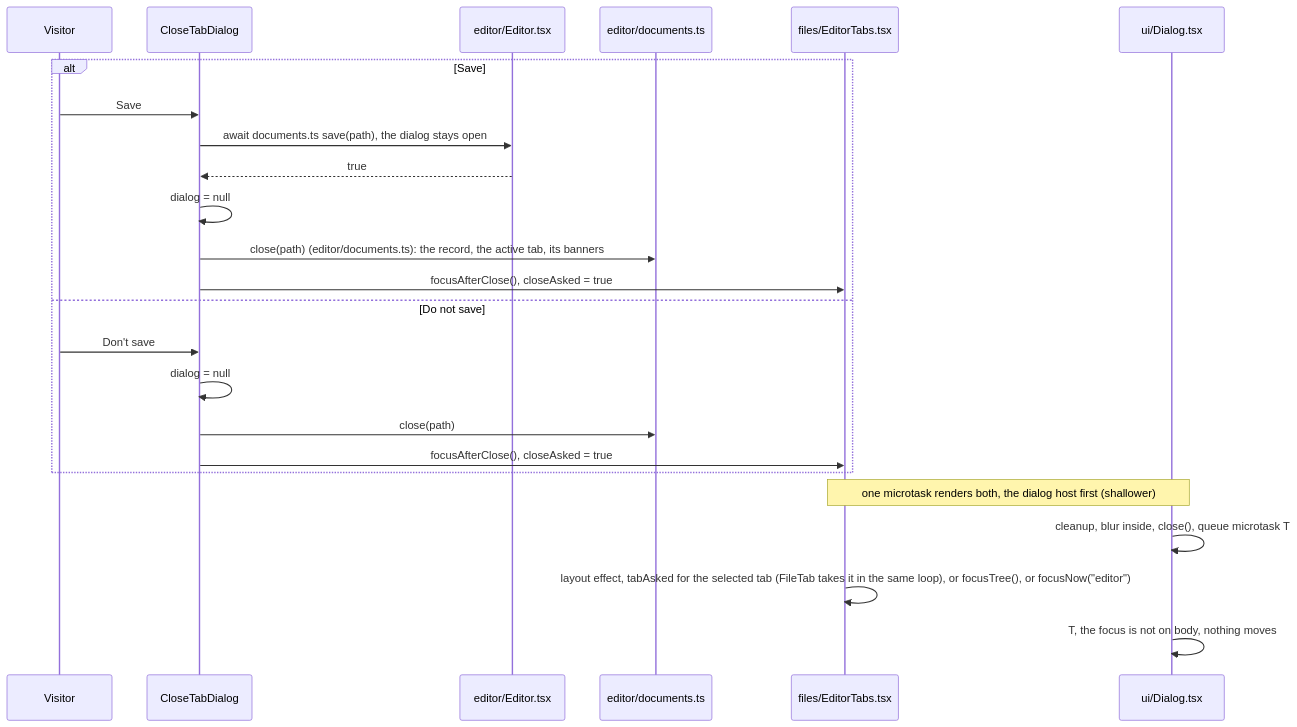
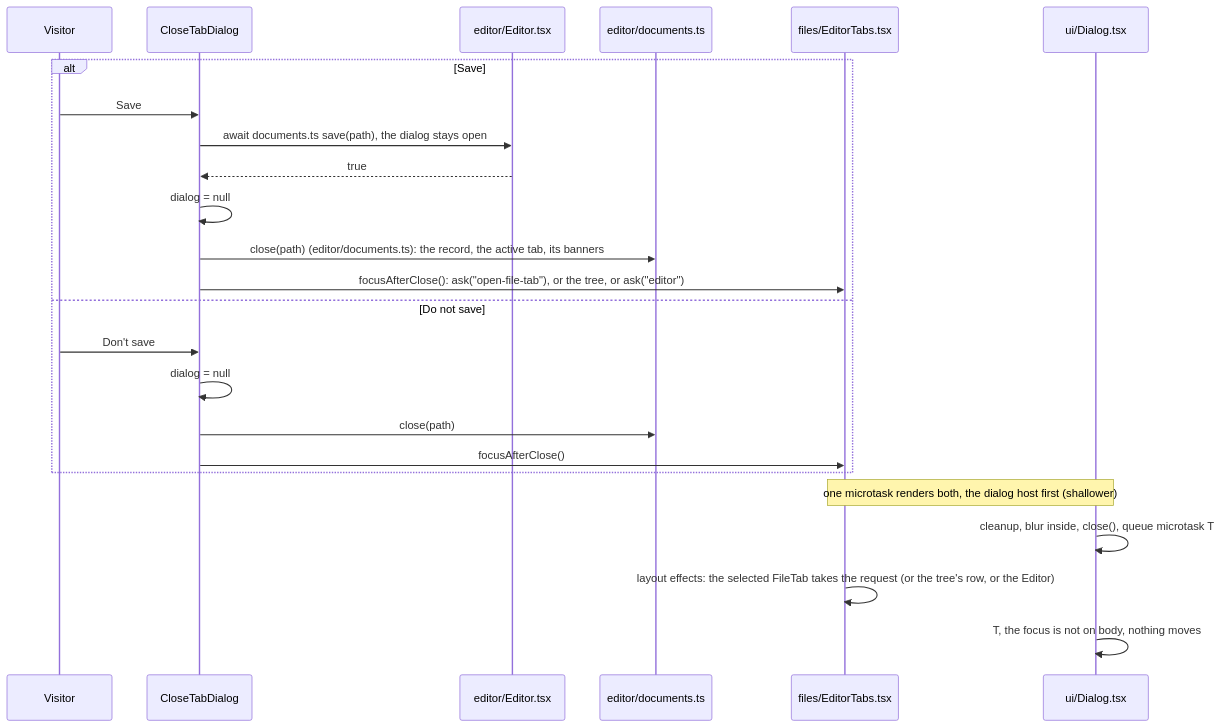
Before and after one commit to jeffzyliu/dofile: the fifth of 9 diagrams in docs/web-page-flows.md, drawn with Mermaid. The commit also changed other lines of this file and 1 other file, not shown here.

Commit message:
docs: web-page-flows and test-map for the tree, Find and Files-button targets and the close-tab request

````diff
--- a/docs/web-page-flows.md
+++ b/docs/web-page-flows.md
@@ -241,26 +246,26 @@
 ```mermaid
 sequenceDiagram
   participant V as Visitor
   participant CT as CloseTabDialog
   participant Ed as editor/Editor.tsx
   participant A as editor/documents.ts
   participant ET as files/EditorTabs.tsx
   participant D as ui/Dialog.tsx
   alt Save
     V->>CT: Save
     CT->>Ed: await documents.ts save(path), the dialog stays open
     Ed-->>CT: true
     CT->>CT: dialog = null
     CT->>A: close(path) (editor/documents.ts): the record, the active tab, its banners
-    CT->>ET: focusAfterClose(), closeAsked = true
+    CT->>ET: focusAfterClose(): ask("open-file-tab"), or the tree, or ask("editor")
   else Do not save
     V->>CT: Don't save
     CT->>CT: dialog = null
     CT->>A: close(path)
-    CT->>ET: focusAfterClose(), closeAsked = true
+    CT->>ET: focusAfterClose()
   end
   Note over D,ET: one microtask renders both, the dialog host first (shallower)
   D->>D: cleanup, blur inside, close(), queue microtask T
-  ET->>ET: layout effect, tabAsked for the selected tab (FileTab takes it in the same loop), or focusTree(), or focusNow("editor")
+  ET->>ET: layout effects: the selected FileTab takes the request (or the tree's row, or the Editor)
   D->>D: T, the focus is not on body, nothing moves
 ```
````
